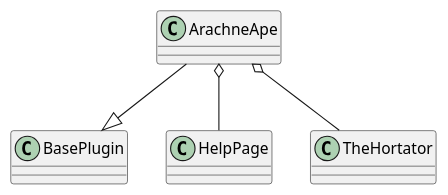
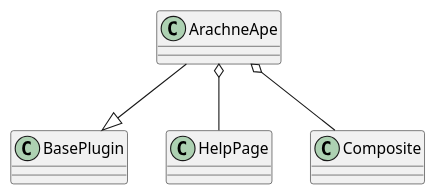
The second of 2 diagrams in arachneape/plugins/arachneapeplugin.rst (russell-n/theape), drawn with PlantUML before and after one commit. The commit also changed other lines of this file and 74 other files, not shown here.

```diff
--- a/arachneape/plugins/arachneapeplugin.rst
+++ b/arachneape/plugins/arachneapeplugin.rst
@@ -58,5 +58,5 @@
 .. uml::
 
    ArachneApe --|> BasePlugin
    ArachneApe o-- HelpPage
-   ArachneApe o-- TheHortator
+   ArachneApe o-- Composite
```
